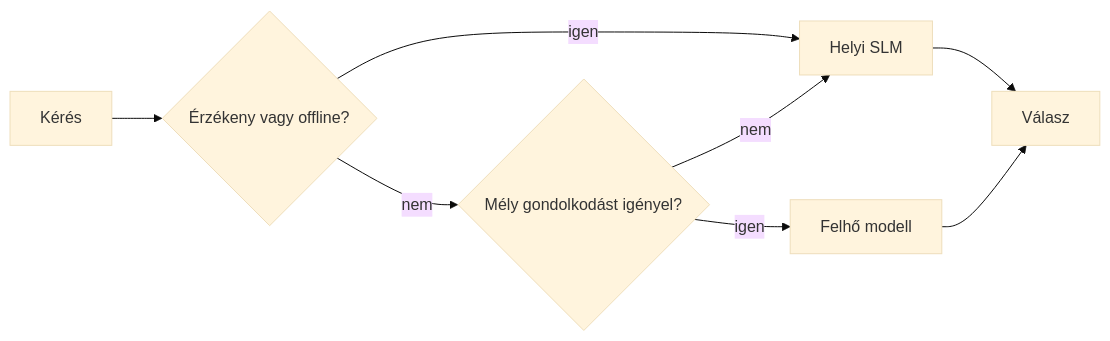
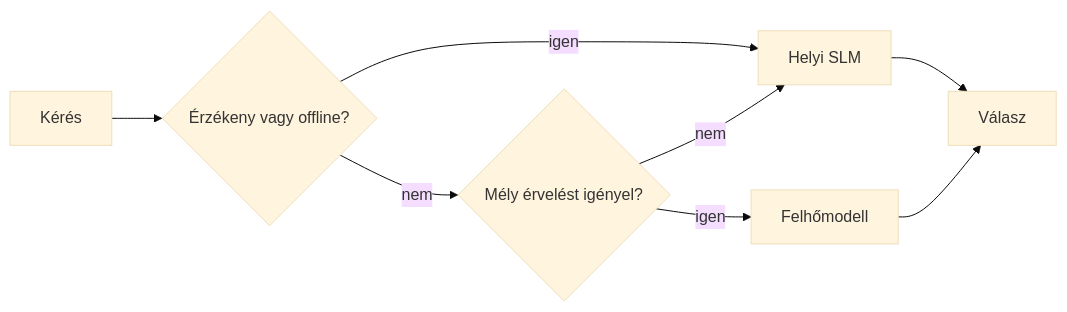
One commit to gabrielmoreira/agent-skills-mirror changed the fourth of 4 diagrams in mirrors/repos/microsoft@ai-agents-for-beginners/translations/hu/17-creating-local-ai-agents/README.md. Above: the diagram before and after it, drawn with Mermaid (base theme). The commit also changed other lines of this file and 4262 other files, not shown here.

````diff
--- a/mirrors/repos/microsoft@ai-agents-for-beginners/translations/hu/17-creating-local-ai-agents/README.md
+++ b/mirrors/repos/microsoft@ai-agents-for-beginners/translations/hu/17-creating-local-ai-agents/README.md
@@ -156,10 +156,10 @@
 ```mermaid
 flowchart LR
     Q[Kérés] --> S{Érzékeny vagy offline?}
     S -->|igen| L[Helyi SLM]
-    S -->|nem| C{Mély gondolkodást igényel?}
+    S -->|nem| C{Mély érvelést igényel?}
     C -->|nem| L
-    C -->|igen| Cloud[Felhő modell]
+    C -->|igen| Cloud[Felhőmodell]
     L --> Out[Válasz]
     Cloud --> Out
 ```
````
